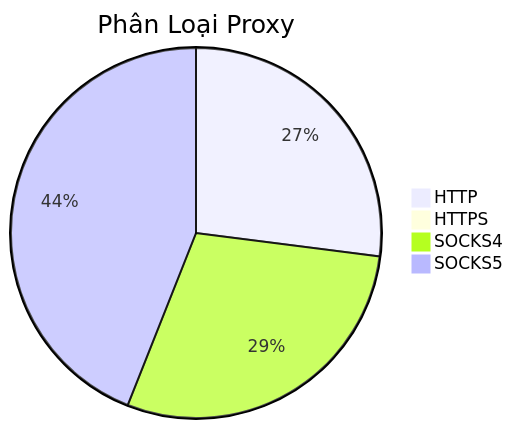
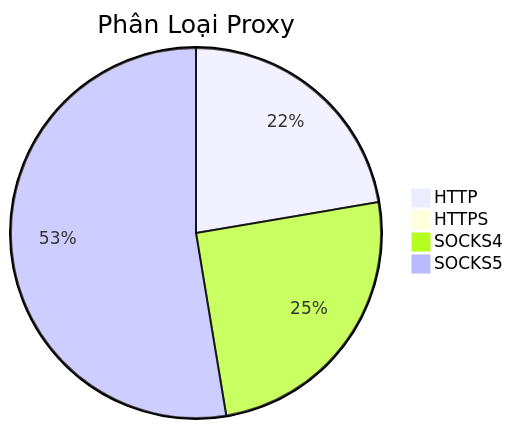
Before and after one commit to Ciara-12/PROXY-free: the diagram in README.md, drawn with Mermaid. The commit also changed other lines of this file and 3 other files, not shown here.

````diff
--- a/README.md
+++ b/README.md
@@ -26,7 +26,7 @@
 ```mermaid
 pie title Phân Loại Proxy
-    "HTTP" : 344
+    "HTTP" : 286
     "HTTPS" : 0
-    "SOCKS4" : 369
-    "SOCKS5" : 560
+    "SOCKS4" : 321
+    "SOCKS5" : 674
 ```
````
